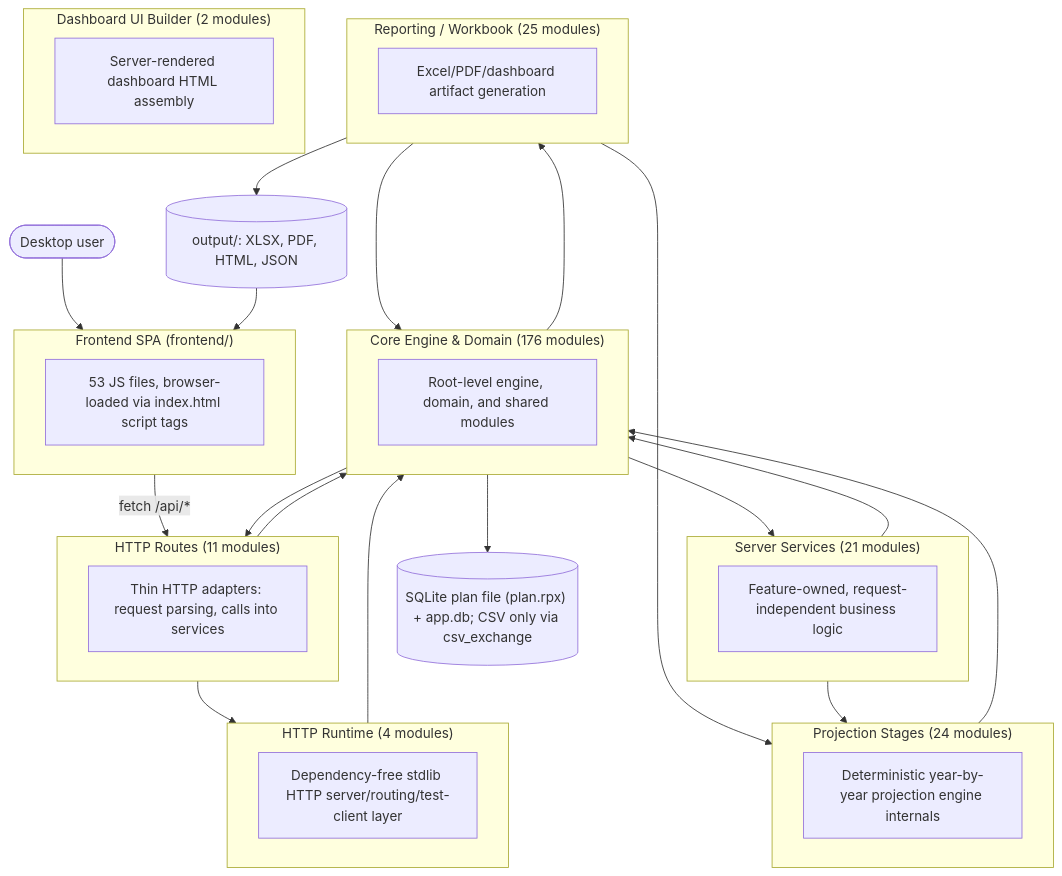
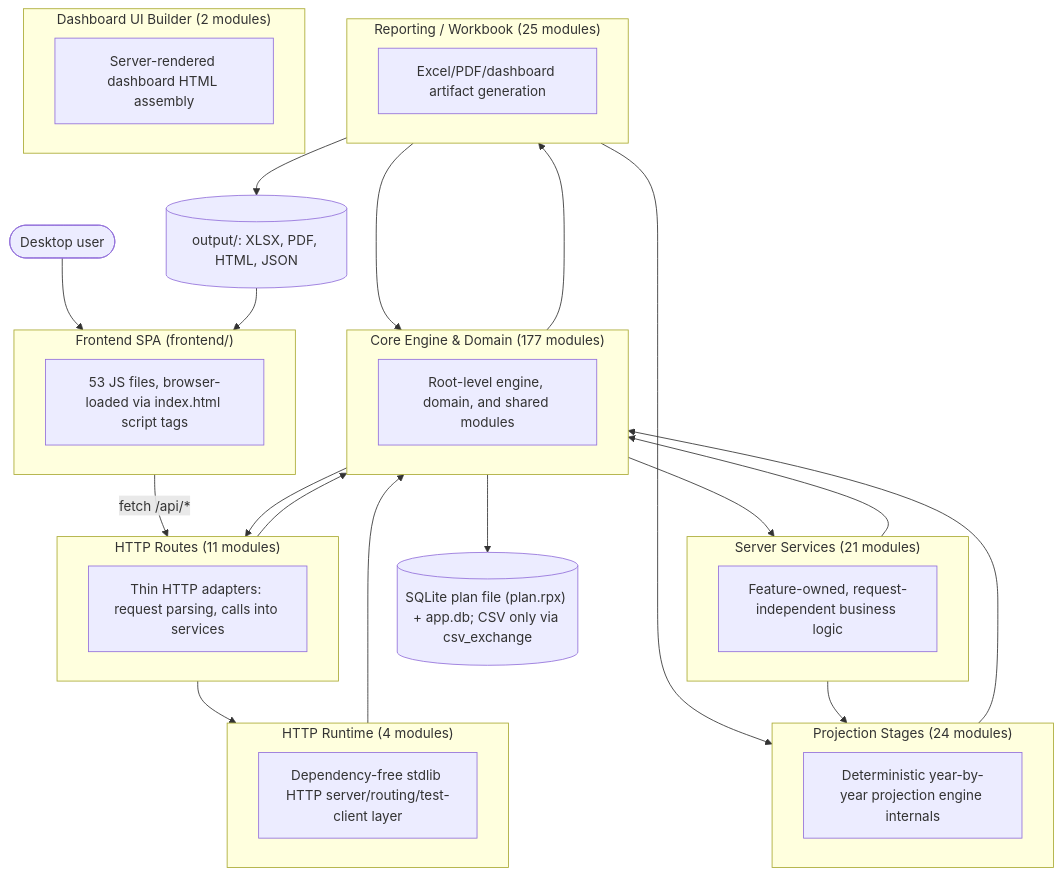
The first of 2 diagrams in documentation/reference/SYSTEM_ARCHITECTURE_DIAGRAM.md (matthartzman/retirement_system), drawn with Mermaid before and after one commit. The commit also changed other lines of this file and 19 other files, not shown here.

````diff
--- a/documentation/reference/SYSTEM_ARCHITECTURE_DIAGRAM.md
+++ b/documentation/reference/SYSTEM_ARCHITECTURE_DIAGRAM.md
@@ -11,43 +11,43 @@
 ```mermaid
 flowchart TB
     User(["Desktop user"]) --> FE
     subgraph FE["Frontend SPA (frontend/)"]
         FEcount["53 JS files, browser-loaded via index.html script tags"]
     end
     FE -->|fetch /api/*| L_HTTP_Routes
     subgraph L_HTTP_Routes["HTTP Routes (11 modules)"]
         L_HTTP_Routes_d["Thin HTTP adapters: request parsing, calls into services"]
     end
     subgraph L_Server_Services["Server Services (21 modules)"]
         L_Server_Services_d["Feature-owned, request-independent business logic"]
     end
     subgraph L_HTTP_Runtime["HTTP Runtime (4 modules)"]
         L_HTTP_Runtime_d["Dependency-free stdlib HTTP server/routing/test-client layer"]
     end
-    subgraph L_Core_Engine___Domain["Core Engine & Domain (176 modules)"]
+    subgraph L_Core_Engine___Domain["Core Engine & Domain (177 modules)"]
         L_Core_Engine___Domain_d["Root-level engine, domain, and shared modules"]
     end
     subgraph L_Projection_Stages["Projection Stages (24 modules)"]
         L_Projection_Stages_d["Deterministic year-by-year projection engine internals"]
     end
     subgraph L_Reporting___Workbook["Reporting / Workbook (25 modules)"]
         L_Reporting___Workbook_d["Excel/PDF/dashboard artifact generation"]
     end
     subgraph L_Dashboard_UI_Builder["Dashboard UI Builder (2 modules)"]
         L_Dashboard_UI_Builder_d["Server-rendered dashboard HTML assembly"]
     end
     L_Core_Engine___Domain --> L_HTTP_Routes
     L_Core_Engine___Domain --> L_Reporting___Workbook
     L_Core_Engine___Domain --> L_Server_Services
     L_HTTP_Routes --> L_Core_Engine___Domain
     L_HTTP_Routes --> L_HTTP_Runtime
     L_HTTP_Runtime --> L_Core_Engine___Domain
     L_Projection_Stages --> L_Core_Engine___Domain
     L_Reporting___Workbook --> L_Core_Engine___Domain
     L_Reporting___Workbook --> L_Projection_Stages
     L_Server_Services --> L_Core_Engine___Domain
     L_Server_Services --> L_Projection_Stages
     L_Core_Engine___Domain --> DB[("SQLite plan file (plan.rpx) + app.db; CSV only via csv_exchange")]
     L_Reporting___Workbook --> Outputs[("output/: XLSX, PDF, HTML, JSON")]
     Outputs --> FE
 ```
````
